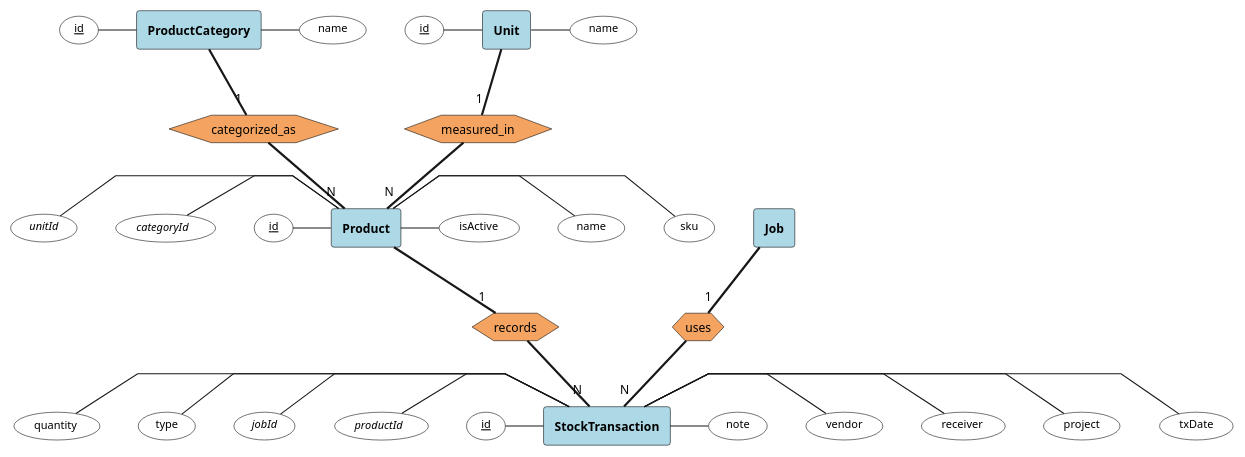
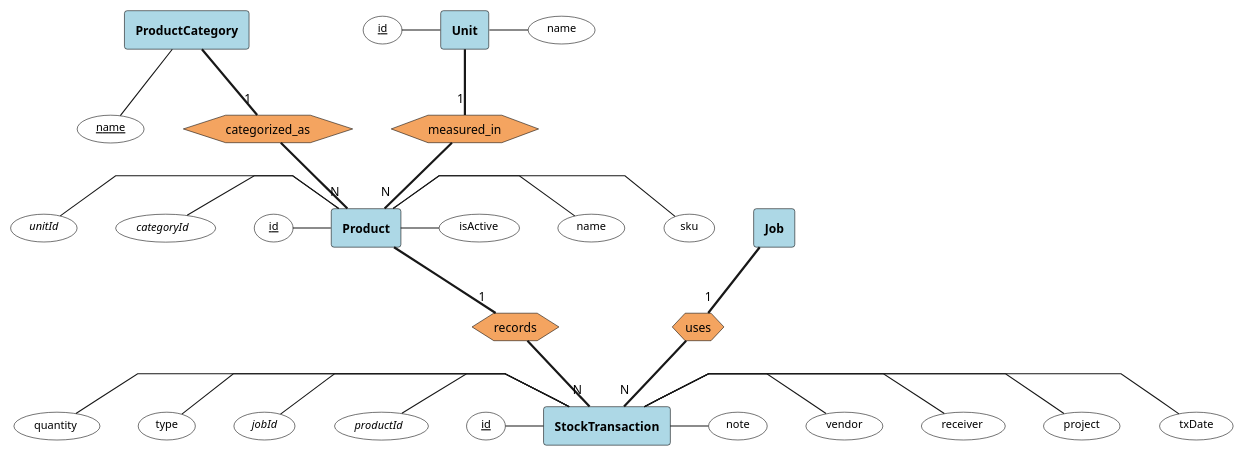
The diagram in docs/erd-chen-08-stock.puml (PowerVault-Services/Backend), drawn with PlantUML before and after one commit. The commit also changed 3 other files, not shown here.

First line of the commit message:
fix: use name as natural PK for ProductCategory in ERD

```diff
--- a/docs/erd-chen-08-stock.puml
+++ b/docs/erd-chen-08-stock.puml
@@ -1,107 +1,105 @@
 @startuml ERD_Chen_Stock
 ' ============================================================
 ' Solar O&M — Stock & Inventory (Chen Notation)
 ' ============================================================
 
 top to bottom direction
 
 skinparam defaultFontSize 11
 skinparam linetype polyline
 
 skinparam rectangle {
   BackgroundColor #ADD8E6
   BorderColor #000000
   FontStyle bold
 }
 
 skinparam hexagon {
   BackgroundColor #F4A460
   BorderColor #000000
 }
 
 skinparam usecase {
   BackgroundColor #FFFFFF
   BorderColor #000000
   FontSize 10
 }
 
 ' ── Job (ref) ──
 rectangle "Job" as E_Job
 
 ' ── ProductCategory ──
 rectangle "ProductCategory" as E_PCat
 
-usecase "<u>id</u>" as A_PC_id
-usecase "name" as A_PC_name
+usecase "<u>name</u>" as A_PC_name
 
-E_PCat -left- A_PC_id
-E_PCat -right- A_PC_name
+E_PCat -- A_PC_name
 
 ' ── Unit ──
 rectangle "Unit" as E_Unit
 
 usecase "<u>id</u>" as A_Un_id
 usecase "name" as A_Un_name
 
 E_Unit -left- A_Un_id
 E_Unit -right- A_Un_name
 
 ' ── Product ──
 rectangle "Product" as E_Prod
 
 usecase "<u>id</u>" as A_P_id
 usecase "//categoryId//" as A_P_cid
 usecase "//unitId//" as A_P_uid
 usecase "sku" as A_P_sku
 usecase "name" as A_P_name
 usecase "isActive" as A_P_act
 
 E_Prod -left- A_P_id
 E_Prod -left- A_P_cid
 E_Prod -left- A_P_uid
 E_Prod -right- A_P_sku
 E_Prod -right- A_P_name
 E_Prod -right- A_P_act
 
 hexagon "categorized_as" as R_cat_prod
 E_PCat == "1" R_cat_prod
 R_cat_prod == "N" E_Prod
 
 hexagon "measured_in" as R_unit_prod
 E_Unit == "1" R_unit_prod
 R_unit_prod == "N" E_Prod
 
 ' ── StockTransaction ──
 rectangle "StockTransaction" as E_Stock
 
 usecase "<u>id</u>" as A_ST_id
 usecase "//productId//" as A_ST_pid
 usecase "//jobId//" as A_ST_jid
 usecase "type" as A_ST_type
 usecase "quantity" as A_ST_qty
 usecase "txDate" as A_ST_dt
 usecase "project" as A_ST_proj
 usecase "receiver" as A_ST_recv
 usecase "vendor" as A_ST_ven
 usecase "note" as A_ST_note
 
 E_Stock -left- A_ST_id
 E_Stock -left- A_ST_pid
 E_Stock -left- A_ST_jid
 E_Stock -left- A_ST_type
 E_Stock -left- A_ST_qty
 E_Stock -right- A_ST_dt
 E_Stock -right- A_ST_proj
 E_Stock -right- A_ST_recv
 E_Stock -right- A_ST_ven
 E_Stock -right- A_ST_note
 
 hexagon "records" as R_prod_stock
 E_Prod == "1" R_prod_stock
 R_prod_stock == "N" E_Stock
 
 hexagon "uses" as R_job_stock
 E_Job == "1" R_job_stock
 R_job_stock == "N" E_Stock
 
 @enduml
```
